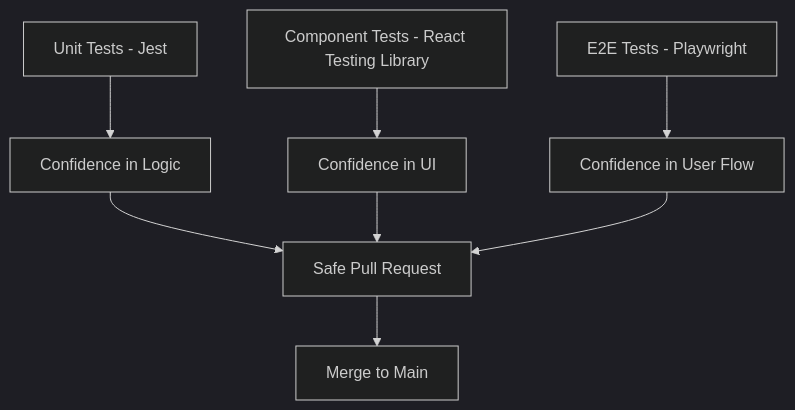
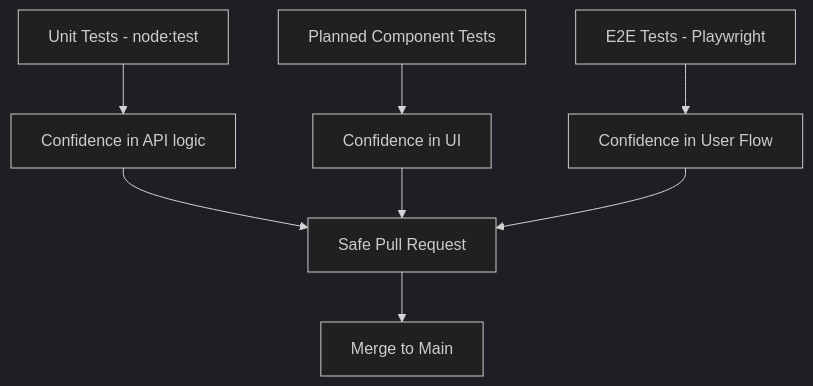
One commit to arav31/NUS-Tree changed diagram 13 of 14 in README.md. Above: the diagram before and after it, drawn with Mermaid (dark theme). The commit also changed other lines of this file and 3 other files, not shown here.

````diff
--- a/README.md
+++ b/README.md
@@ -1145,11 +1082,11 @@
 ```mermaid
 flowchart TB
-    A[Unit Tests - Jest] --> D[Confidence in Logic]
-    B[Component Tests - React Testing Library] --> E[Confidence in UI]
+    A[Unit Tests - node:test] --> D[Confidence in API logic]
+    B[Planned Component Tests] --> E[Confidence in UI]
     C[E2E Tests - Playwright] --> F[Confidence in User Flow]
 
     D --> G[Safe Pull Request]
     E --> G
     F --> G
     G --> H[Merge to Main]
 ```
````
